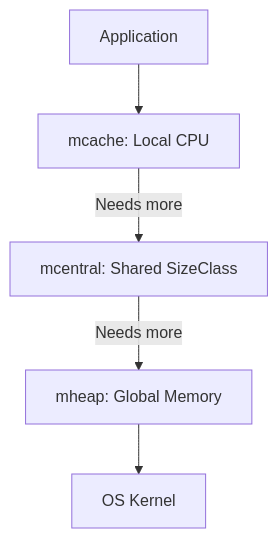
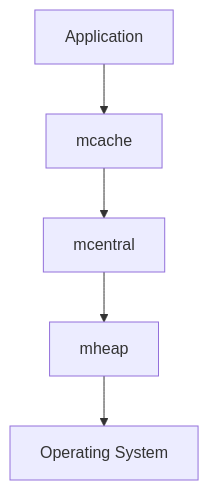
The diagram in RAK-06-compiler-runtime/SR-03-memory-management/BK-01-allocator/CH-01_SpansArenas/README.md (syahputrawork98-sketch/Golang-Knowledge-Base), drawn with Mermaid before and after one commit. The commit also changed other lines of this file and 44 other files, not shown here.

````diff
--- a/RAK-06-compiler-runtime/SR-03-memory-management/BK-01-allocator/CH-01_SpansArenas/README.md
+++ b/RAK-06-compiler-runtime/SR-03-memory-management/BK-01-allocator/CH-01_SpansArenas/README.md
@@ -30,8 +27,7 @@
 ```mermaid
 graph TD
-
-    APP[Application] --> MCACHE[mcache: Local CPU]
-    MCACHE -->|Needs more| MCENTRAL[mcentral: Shared SizeClass]
-    MCENTRAL -->|Needs more| MHEAP[mheap: Global Memory]
-    MHEAP --> OS[OS Kernel]
+    APP[Application] --> MCACHE[mcache]
+    MCACHE --> MCENTRAL[mcentral]
+    MCENTRAL --> MHEAP[mheap]
+    MHEAP --> OS[Operating System]
 ```
````
